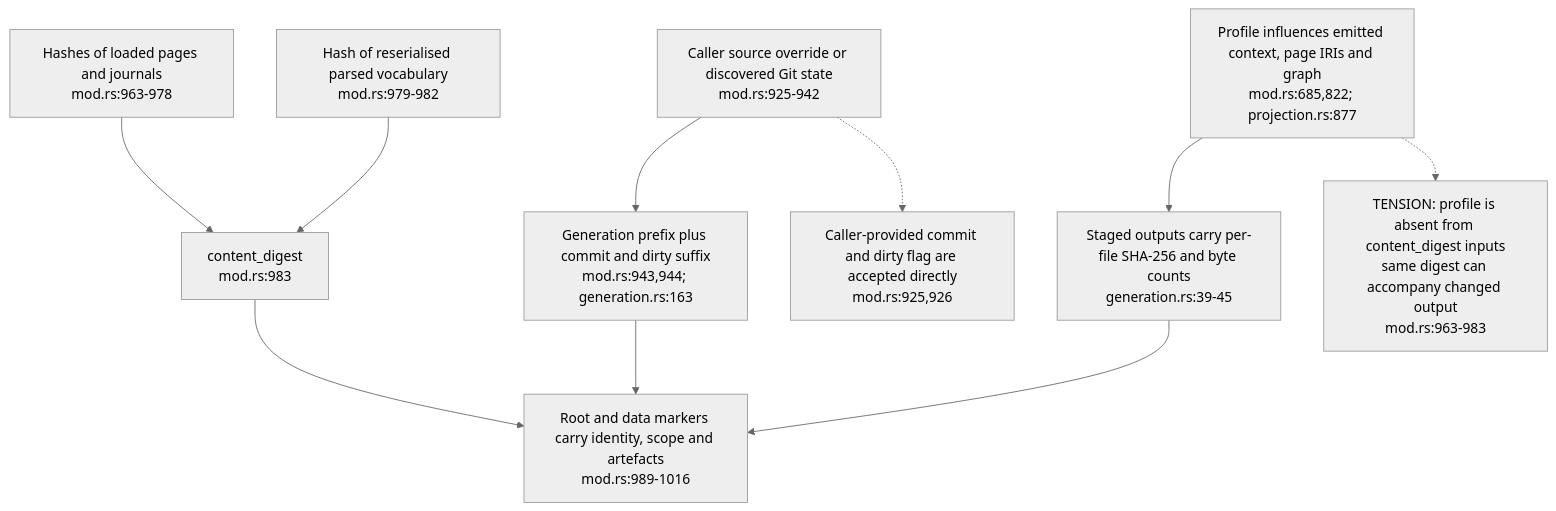
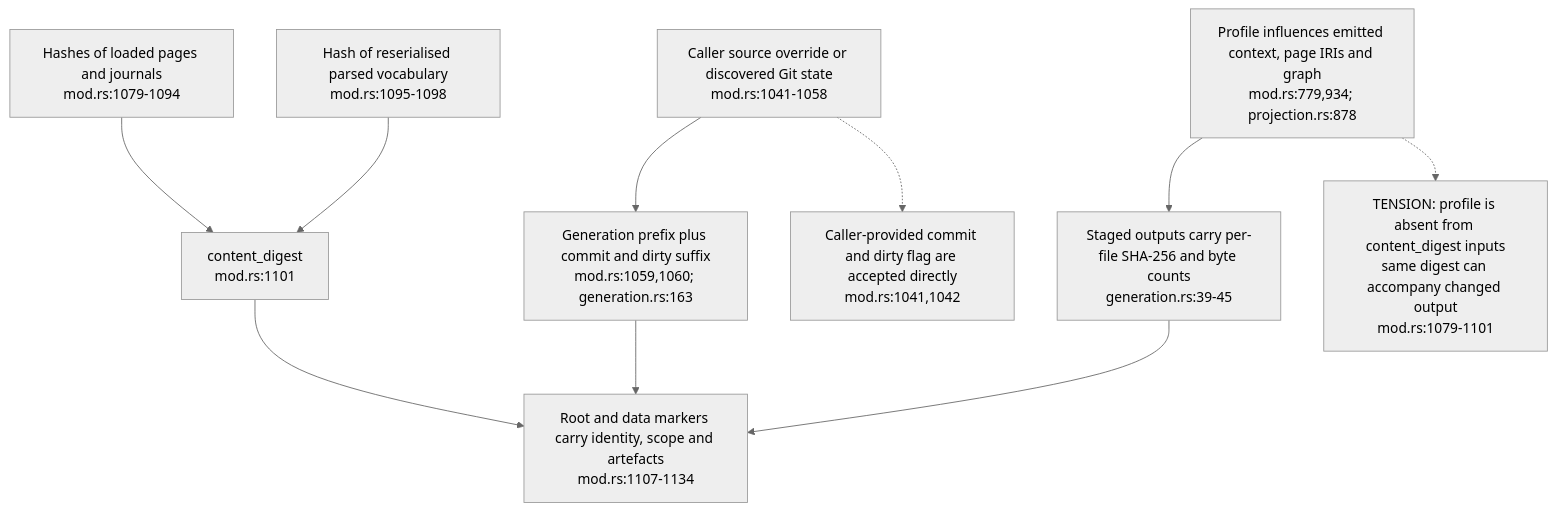
One commit to DreamLab-AI/VisionFlow changed the third of 3 diagrams in docs/diagrams/ontomark/11-machine-bundle-identity-and-disclosure.md. Above: the diagram before and after it, drawn with Mermaid (neutral theme). The commit also changed other lines of this file and 59 other files, not shown here.

First line of the commit message:
docs(diagrams): re-derive and re-stamp forum, website, pod, ontomark and sealmap topics

````diff
--- a/docs/diagrams/ontomark/11-machine-bundle-identity-and-disclosure.md
+++ b/docs/diagrams/ontomark/11-machine-bundle-identity-and-disclosure.md
@@ -65,12 +65,12 @@
 ```mermaid
 flowchart TD
-    SOURCE["Caller source override or discovered Git state<br/>mod.rs:925-942"] --> ID["Generation prefix plus commit and dirty suffix<br/>mod.rs:943,944; generation.rs:163"]
-    PAGES["Hashes of loaded pages and journals<br/>mod.rs:963-978"] --> CONTENT["content_digest<br/>mod.rs:983"]
-    VOCAB["Hash of reserialised parsed vocabulary<br/>mod.rs:979-982"] --> CONTENT
-    PROFILE["Profile influences emitted context, page IRIs and graph<br/>mod.rs:685,822; projection.rs:877"] --> OUTPUT["Staged outputs carry per-file SHA-256 and byte counts<br/>generation.rs:39-45"]
-    PROFILE -.-> MISS["TENSION: profile is absent from content_digest inputs<br/>same digest can accompany changed output<br/>mod.rs:963-983"]
-    ID --> MARK["Root and data markers carry identity, scope and artefacts<br/>mod.rs:989-1016"]
+    SOURCE["Caller source override or discovered Git state<br/>mod.rs:1041-1058"] --> ID["Generation prefix plus commit and dirty suffix<br/>mod.rs:1059,1060; generation.rs:163"]
+    PAGES["Hashes of loaded pages and journals<br/>mod.rs:1079-1094"] --> CONTENT["content_digest<br/>mod.rs:1101"]
+    VOCAB["Hash of reserialised parsed vocabulary<br/>mod.rs:1095-1098"] --> CONTENT
+    PROFILE["Profile influences emitted context, page IRIs and graph<br/>mod.rs:779,934; projection.rs:878"] --> OUTPUT["Staged outputs carry per-file SHA-256 and byte counts<br/>generation.rs:39-45"]
+    PROFILE -.-> MISS["TENSION: profile is absent from content_digest inputs<br/>same digest can accompany changed output<br/>mod.rs:1079-1101"]
+    ID --> MARK["Root and data markers carry identity, scope and artefacts<br/>mod.rs:1107-1134"]
     CONTENT --> MARK
     OUTPUT --> MARK
-    SOURCE -.-> TRUST["Caller-provided commit and dirty flag are accepted directly<br/>mod.rs:925,926"]
+    SOURCE -.-> TRUST["Caller-provided commit and dirty flag are accepted directly<br/>mod.rs:1041,1042"]
 ```
````
